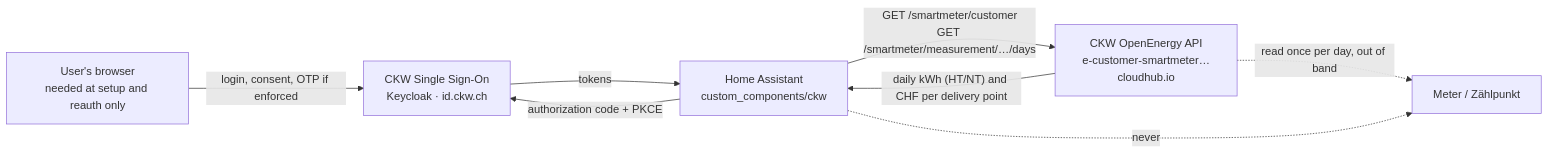
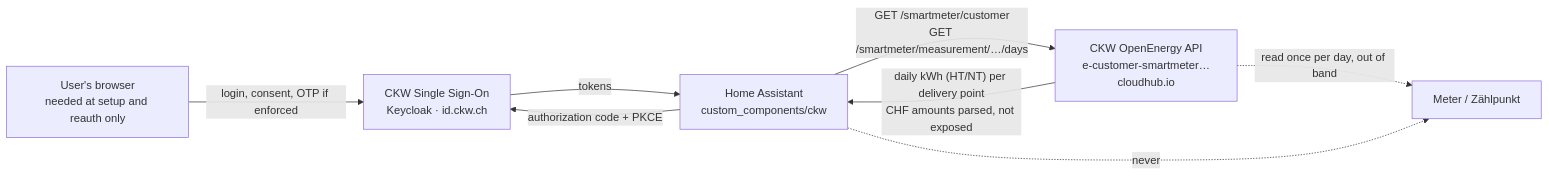
One commit to Maladus/ha-ckw-smartmeter changed the first of 2 diagrams in docs/explanation/architecture.md. Above: the diagram before and after it, drawn with Mermaid. The commit also changed other lines of this file and 12 other files, not shown here.

````diff
--- a/docs/explanation/architecture.md
+++ b/docs/explanation/architecture.md
@@ -11,15 +11,15 @@
 ```mermaid
 flowchart LR
     browser["User's browser<br/>needed at setup and reauth only"]
     ha["Home Assistant<br/>custom_components/ckw"]
     sso["CKW Single Sign-On<br/>Keycloak · id.ckw.ch"]
     api["CKW OpenEnergy API<br/>e-customer-smartmeter…cloudhub.io"]
     meter["Meter / Zählpunkt"]
     browser -->|"login, consent, OTP if enforced"| sso
     ha -->|"authorization code + PKCE"| sso
     sso -->|"tokens"| ha
     ha -->|"GET /smartmeter/customer<br/>GET /smartmeter/measurement/…/days"| api
-    api -->|"daily kWh (HT/NT) and CHF per delivery point"| ha
+    api -->|"daily kWh (HT/NT) per delivery point<br/>CHF amounts parsed, not exposed"| ha
     api -.->|"read once per day, out of band"| meter
     ha -.->|"never"| meter
 ```
````
